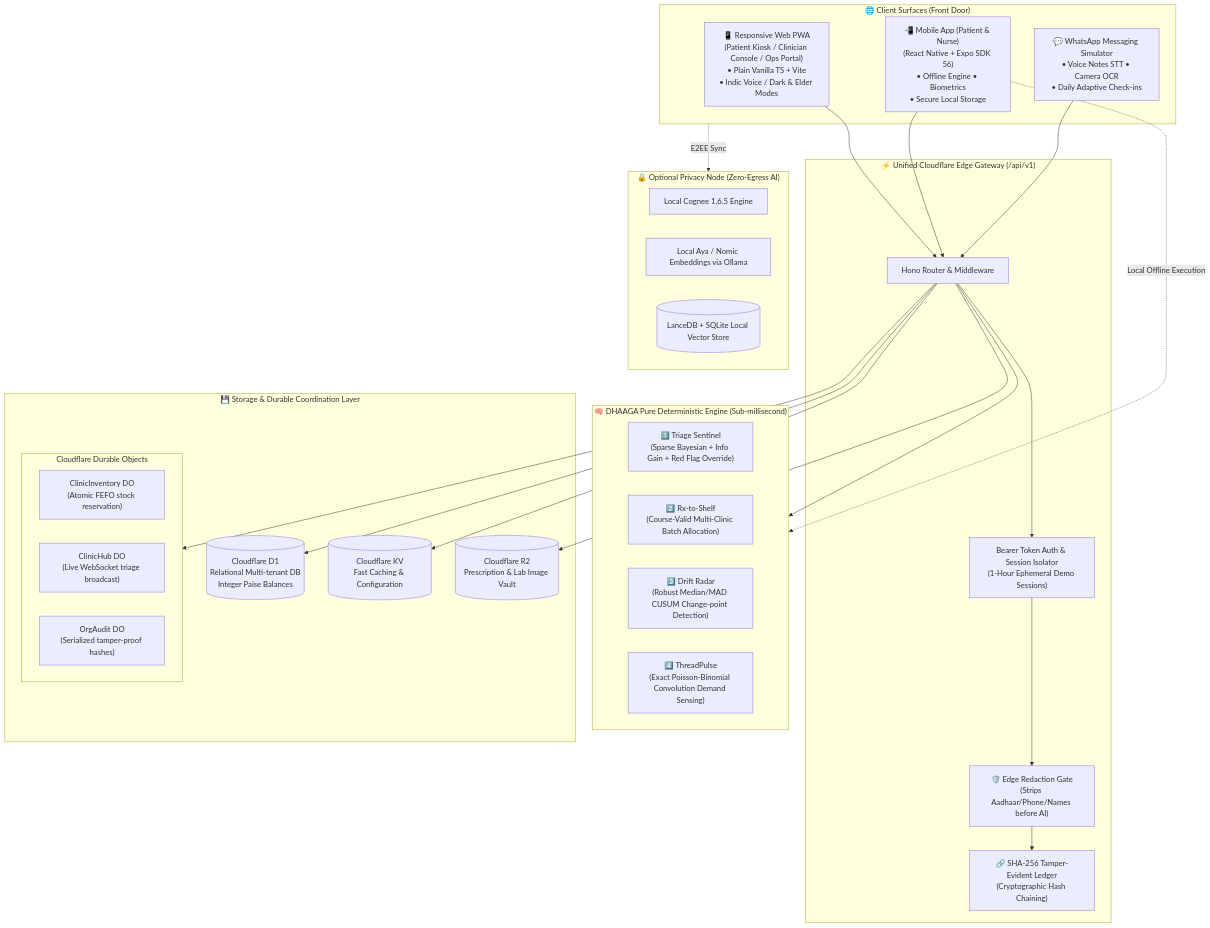
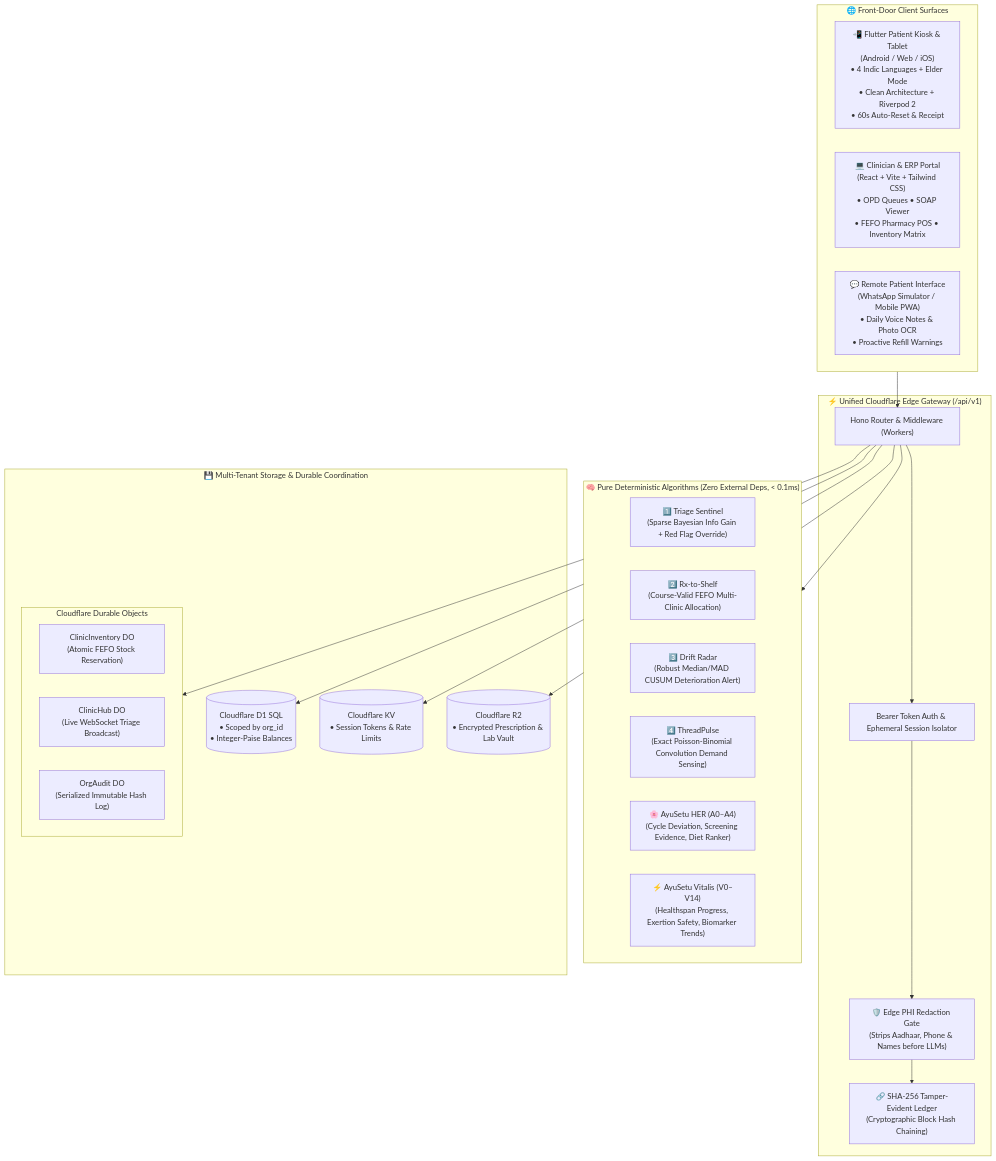
The second of 4 diagrams in README.md (potlasrisharan/hackshift-sudarshan), drawn with Mermaid before and after one commit. The commit also changed other lines of this file, not shown here.

Commit message:
docs: update comprehensive README for DHAAGA continuity-of-care platform

````diff
--- a/README.md
+++ b/README.md
@@ -114,59 +73,46 @@
 ```mermaid
 flowchart TB
-    subgraph CLIENTS["🌐 Client Surfaces (Front Door)"]
-        WEB["📱 Responsive Web PWA\n(Patient Kiosk / Clinician Console / Ops Portal)\n• Plain Vanilla TS + Vite\n• Indic Voice / Dark & Elder Modes"]
-        MOBILE["📲 Mobile App (Patient & Nurse)\n(React Native + Expo SDK 56)\n• Offline Engine • Biometrics\n• Secure Local Storage"]
-        WA["💬 WhatsApp Messaging Simulator\n• Voice Notes STT • Camera OCR\n• Daily Adaptive Check-ins"]
+    subgraph CLIENTS["🌐 Front-Door Client Surfaces"]
+        FLUTTER["📲 Flutter Patient Kiosk & Tablet\n(Android / Web / iOS)\n• 4 Indic Languages + Elder Mode\n• Clean Architecture + Riverpod 2\n• 60s Auto-Reset & Receipt"]
+        WEB["💻 Clinician & ERP Portal\n(React + Vite + Tailwind CSS)\n• OPD Queues • SOAP Viewer\n• FEFO Pharmacy POS • Inventory Matrix"]
+        WA["💬 Remote Patient Interface\n(WhatsApp Simulator / Mobile PWA)\n• Daily Voice Notes & Photo OCR\n• Proactive Refill Warnings"]
     end
 
     subgraph EDGE_API["⚡ Unified Cloudflare Edge Gateway (/api/v1)"]
-        HONO["Hono Router & Middleware"]
-        AUTH["Bearer Token Auth & Session Isolator\n(1-Hour Ephemeral Demo Sessions)"]
-        GATE["🛡️ Edge Redaction Gate\n(Strips Aadhaar/Phone/Names before AI)"]
-        AUDIT_HASH["🔗 SHA-256 Tamper-Evident Ledger\n(Cryptographic Hash Chaining)"]
+        HONO["Hono Router & Middleware (Workers)"]
+        AUTH["Bearer Token Auth & Ephemeral Session Isolator"]
+        GATE["🛡️ Edge PHI Redaction Gate\n(Strips Aadhaar, Phone & Names before LLMs)"]
+        AUDIT["🔗 SHA-256 Tamper-Evident Ledger\n(Cryptographic Block Hash Chaining)"]
     end
 
-    subgraph ENGINE["🧠 DHAAGA Pure Deterministic Engine (Sub-millisecond)"]
-        ALG1["1️⃣ Triage Sentinel\n(Sparse Bayesian + Info Gain + Red Flag Override)"]
-        ALG2["2️⃣ Rx-to-Shelf\n(Course-Valid Multi-Clinic Batch Allocation)"]
-        ALG3["3️⃣ Drift Radar\n(Robust Median/MAD CUSUM Change-point Detection)"]
+    subgraph ENGINES["🧠 Pure Deterministic Algorithms (Zero External Deps, < 0.1ms)"]
+        ALG1["1️⃣ Triage Sentinel\n(Sparse Bayesian Info Gain + Red Flag Override)"]
+        ALG2["2️⃣ Rx-to-Shelf\n(Course-Valid FEFO Multi-Clinic Allocation)"]
+        ALG3["3️⃣ Drift Radar\n(Robust Median/MAD CUSUM Deterioration Alert)"]
         ALG4["4️⃣ ThreadPulse\n(Exact Poisson-Binomial Convolution Demand Sensing)"]
+        HER["🌸 AyuSetu HER (A0–A4)\n(Cycle Deviation, Screening Evidence, Diet Ranker)"]
+        VITALIS["⚡ AyuSetu Vitalis (V0–V14)\n(Healthspan Progress, Exertion Safety, Biomarker Trends)"]
     end
 
-    subgraph DATA_TIER["💾 Storage & Durable Coordination Layer"]
-        D1[("Cloudflare D1\nRelational Multi-tenant DB\nInteger Paise Balances")]
-        KV[("Cloudflare KV\nFast Caching & Configuration")]
-        R2[("Cloudflare R2\nPrescription & Lab Image Vault")]
+    subgraph STORAGE["💾 Multi-Tenant Storage & Durable Coordination"]
+        D1[("Cloudflare D1 SQL\n• Scoped by org_id\n• Integer-Paise Balances")]
+        KV[("Cloudflare KV\n• Session Tokens & Rate Limits")]
+        R2[("Cloudflare R2\n• Encrypted Prescription & Lab Vault")]
         
         subgraph DO["Cloudflare Durable Objects"]
-            DO_INV["ClinicInventory DO\n(Atomic FEFO stock reservation)"]
-            DO_HUB["ClinicHub DO\n(Live WebSocket triage broadcast)"]
-            DO_AUDIT["OrgAudit DO\n(Serialized tamper-proof hashes)"]
+            DO_INV["ClinicInventory DO\n(Atomic FEFO Stock Reservation)"]
+            DO_HUB["ClinicHub DO\n(Live WebSocket Triage Broadcast)"]
+            DO_AUDIT["OrgAudit DO\n(Serialized Immutable Hash Log)"]
         end
     end
 
-    subgraph PRIVACY_NODE["🔒 Optional Privacy Node (Zero-Egress AI)"]
-        COGNEE["Local Cognee 1.6.5 Engine"]
-        LOCAL_LLM["Local Aya / Nomic Embeddings via Ollama"]
-        LANCEDB[("LanceDB + SQLite Local Vector Store")]
-    end
-
-    %% Wiring
-    WEB --> HONO
-    MOBILE --> HONO
-    WA --> HONO
-
+    CLIENTS --> HONO
     HONO --> AUTH
     AUTH --> GATE
-    GATE --> AUDIT_HASH
-
-    HONO --> ENGINE
-    MOBILE -. Local Offline Execution .-> ENGINE
-
+    GATE --> AUDIT
+    HONO --> ENGINES
     HONO --> D1
     HONO --> KV
     HONO --> R2
     HONO --> DO
-
-    CLIENTS -. E2EE Sync .-> PRIVACY_NODE
 ```
````
